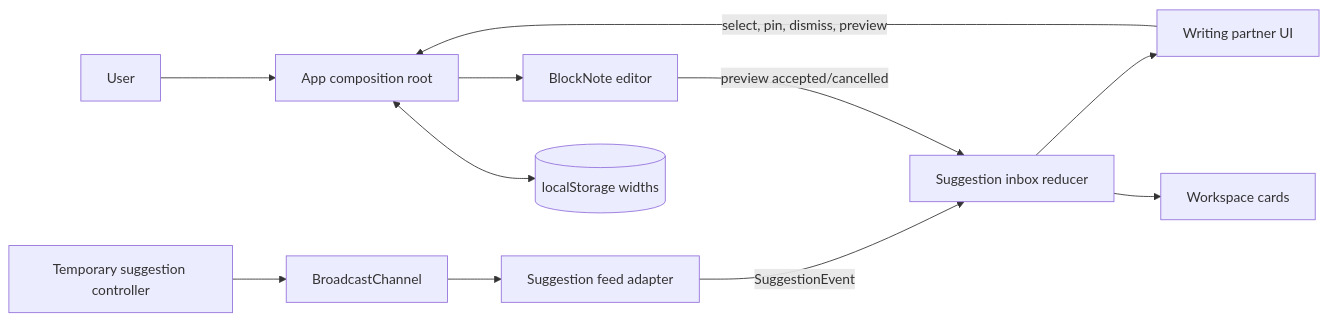
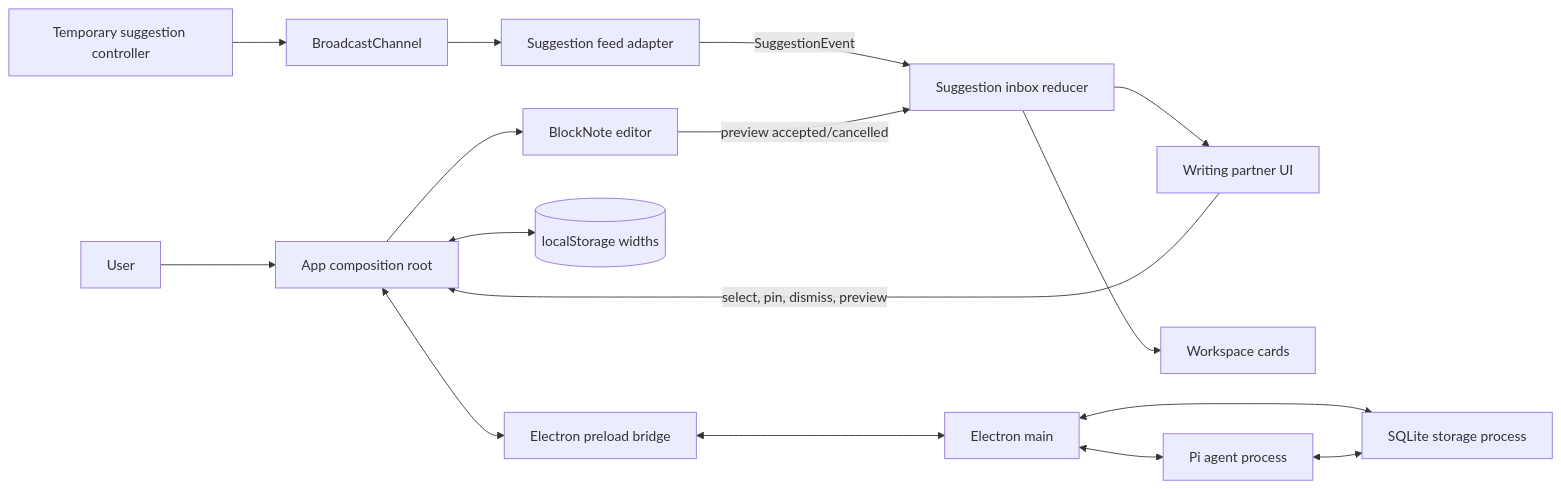
The first of 2 diagrams in docs/architecture.md (bitshielddev/writing-app), drawn with Mermaid before and after one commit. The commit also changed other lines of this file and 40 other files, not shown here.

Commit message:
First attempt as electron desktop persistence and adding the pi agent

````diff
--- a/docs/architecture.md
+++ b/docs/architecture.md
@@ -7,24 +7,33 @@
 ```mermaid
 flowchart LR
     User[User]
     Shell[App composition root]
     Editor[BlockNote editor]
     Feed[Suggestion feed adapter]
     Inbox[Suggestion inbox reducer]
     Dock[Writing partner UI]
     Pins[Workspace cards]
     Storage[(localStorage widths)]
+    Bridge[Electron preload bridge]
+    Main[Electron main]
+    Database[SQLite storage process]
+    Agent[Pi agent process]
     Controller[Temporary suggestion controller]
     Channel[BroadcastChannel]
 
     User --> Shell
     Shell --> Editor
     Feed -->|SuggestionEvent| Inbox
     Inbox --> Dock
     Inbox --> Pins
     Dock -->|select, pin, dismiss, preview| Shell
     Editor -->|preview accepted/cancelled| Inbox
     Shell <--> Storage
+    Shell <--> Bridge
+    Bridge <--> Main
+    Main <--> Database
+    Main <--> Agent
+    Agent <--> Database
     Controller --> Channel
     Channel --> Feed
 ```
````
